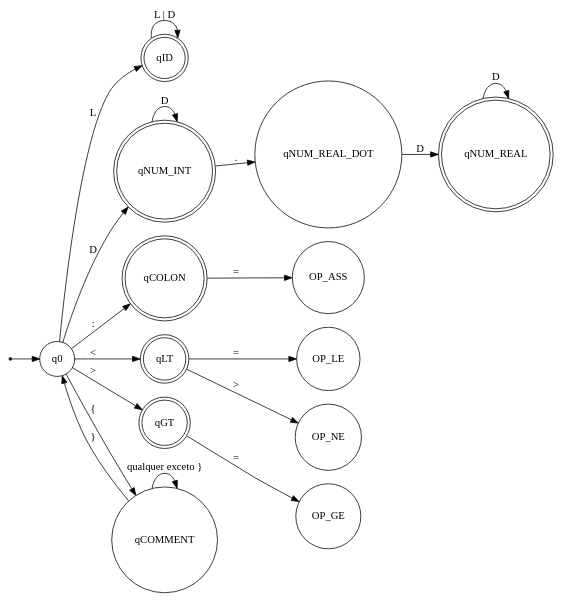
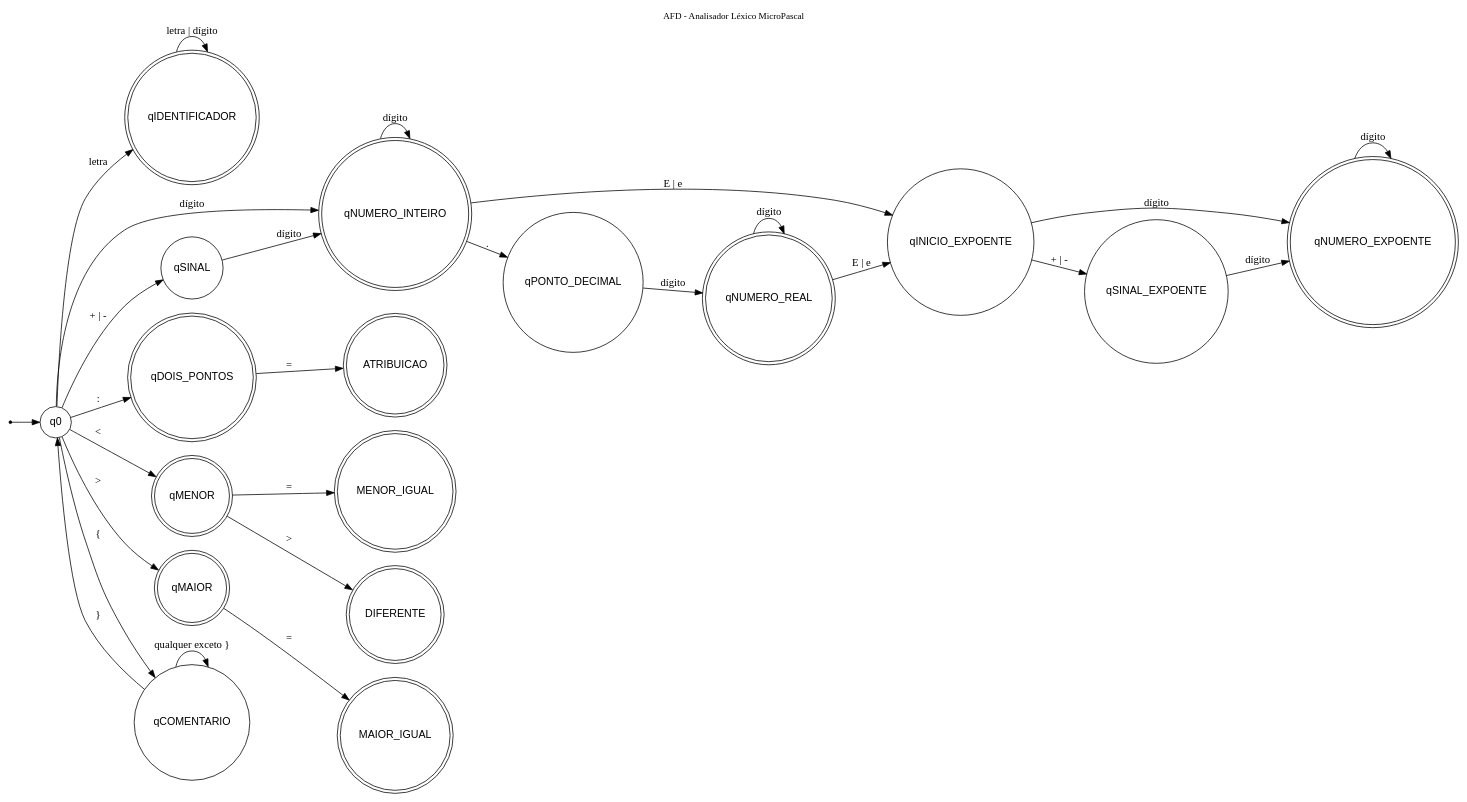
The diagram in afd_micropascal.dot (Henriquekr23/Automato_MicroPascal), drawn with Graphviz before and after one commit. The commit also changed 1 other file, not shown here.

Commit message:
Fix: Ajuste nos nomes e diagrama do automato

```diff
--- a/afd_micropascal.dot
+++ b/afd_micropascal.dot
@@ -1,47 +1,71 @@
-digraph AFD {
+digraph AFD_MicroPascal {
+
     rankdir=LR;
-    node [shape = circle];
+    fontsize=12;
+    labelloc="t";
+    label="AFD - Analisador Léxico MicroPascal";
 
-    // Estados Finais (círculos com borda dupla)
-    qID [shape = doublecircle];
-    qNUM_INT [shape = doublecircle];
-    qNUM_REAL [shape = doublecircle];
-    qCOLON [shape = doublecircle];
-    qLT [shape = doublecircle];
-    qGT [shape = doublecircle];
+    node [shape=circle, fontname="Arial"];
 
-    // Estado inicial
-    start [shape=point];
-    start -> q0;
+    // ESTADOS FINAIS
+    qIDENTIFICADOR [shape=doublecircle];
+    qNUMERO_INTEIRO [shape=doublecircle];
+    qNUMERO_REAL [shape=doublecircle];
+    qNUMERO_EXPOENTE [shape=doublecircle];
 
-    // Identificador
-    q0 -> qID [label="L"];
-    qID -> qID [label="L | D"];
+    qDOIS_PONTOS [shape=doublecircle];
+    qMENOR [shape=doublecircle];
+    qMAIOR [shape=doublecircle];
 
-    // Número inteiro
-    q0 -> qNUM_INT [label="D"];
-    qNUM_INT -> qNUM_INT [label="D"];
-    qNUM_INT -> qNUM_REAL_DOT [label="."];
+    ATRIBUICAO [shape=doublecircle];
+    MENOR_IGUAL [shape=doublecircle];
+    DIFERENTE [shape=doublecircle];
+    MAIOR_IGUAL [shape=doublecircle];
 
-    // Número real
-    qNUM_REAL_DOT -> qNUM_REAL [label="D"];
-    qNUM_REAL -> qNUM_REAL [label="D"];
+    // ESTADO q0
+    ponto [shape=point];
+    ponto -> q0;
 
-    // Dois pontos
-    q0 -> qCOLON [label=":"];
-    qCOLON -> OP_ASS [label="="];
+    // IDENTIFICADORES
+    q0 -> qIDENTIFICADOR [label="letra"];
+    qIDENTIFICADOR -> qIDENTIFICADOR [label="letra | dígito"];
 
-    // Menor (lowest)
-    q0 -> qLT [label="<"];
-    qLT -> OP_LE [label="="];
-    qLT -> OP_NE [label=">"];
+    // NÚMEROS
+    q0 -> qNUMERO_INTEIRO [label="dígito"];
+    q0 -> qSINAL [label="+ | -"];
 
-    // Maior (greater)
-    q0 -> qGT [label=">"];
-    qGT -> OP_GE [label="="];
+    qSINAL -> qNUMERO_INTEIRO [label="dígito"];
 
-    // Comentário
-    q0 -> qCOMMENT [label="{"];
-    qCOMMENT -> qCOMMENT [label="qualquer exceto }"];
-    qCOMMENT -> q0 [label="}"];
+    qNUMERO_INTEIRO -> qNUMERO_INTEIRO [label="dígito"];
+    qNUMERO_INTEIRO -> qPONTO_DECIMAL [label="."];
+
+    qPONTO_DECIMAL -> qNUMERO_REAL [label="dígito"];
+    qNUMERO_REAL -> qNUMERO_REAL [label="dígito"];
+
+    // Expoente
+    qNUMERO_INTEIRO -> qINICIO_EXPOENTE [label="E | e"];
+    qNUMERO_REAL -> qINICIO_EXPOENTE [label="E | e"];
+
+    qINICIO_EXPOENTE -> qSINAL_EXPOENTE [label="+ | -"];
+    qINICIO_EXPOENTE -> qNUMERO_EXPOENTE [label="dígito"];
+
+    qSINAL_EXPOENTE -> qNUMERO_EXPOENTE [label="dígito"];
+    qNUMERO_EXPOENTE -> qNUMERO_EXPOENTE [label="dígito"];
+
+    // OPERADORES
+    q0 -> qDOIS_PONTOS [label=":"];
+    qDOIS_PONTOS -> ATRIBUICAO [label="="];
+
+    q0 -> qMENOR [label="<"];
+    qMENOR -> MENOR_IGUAL [label="="];
+    qMENOR -> DIFERENTE [label=">"];
+
+    q0 -> qMAIOR [label=">"];
+    qMAIOR -> MAIOR_IGUAL [label="="];
+
+    // COMENTÁRIOS
+    q0 -> qCOMENTARIO [label="{"];
+    qCOMENTARIO -> qCOMENTARIO [label="qualquer exceto }"];
+    qCOMENTARIO -> q0 [label="}"];
+
 }
```
